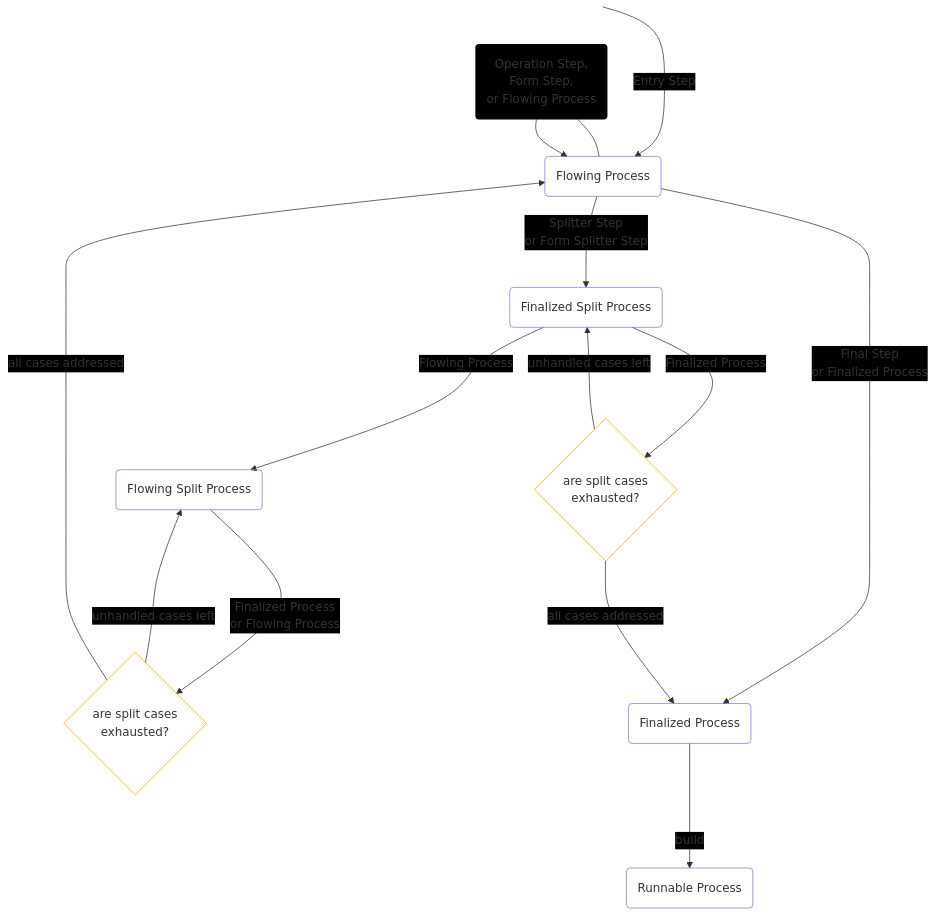
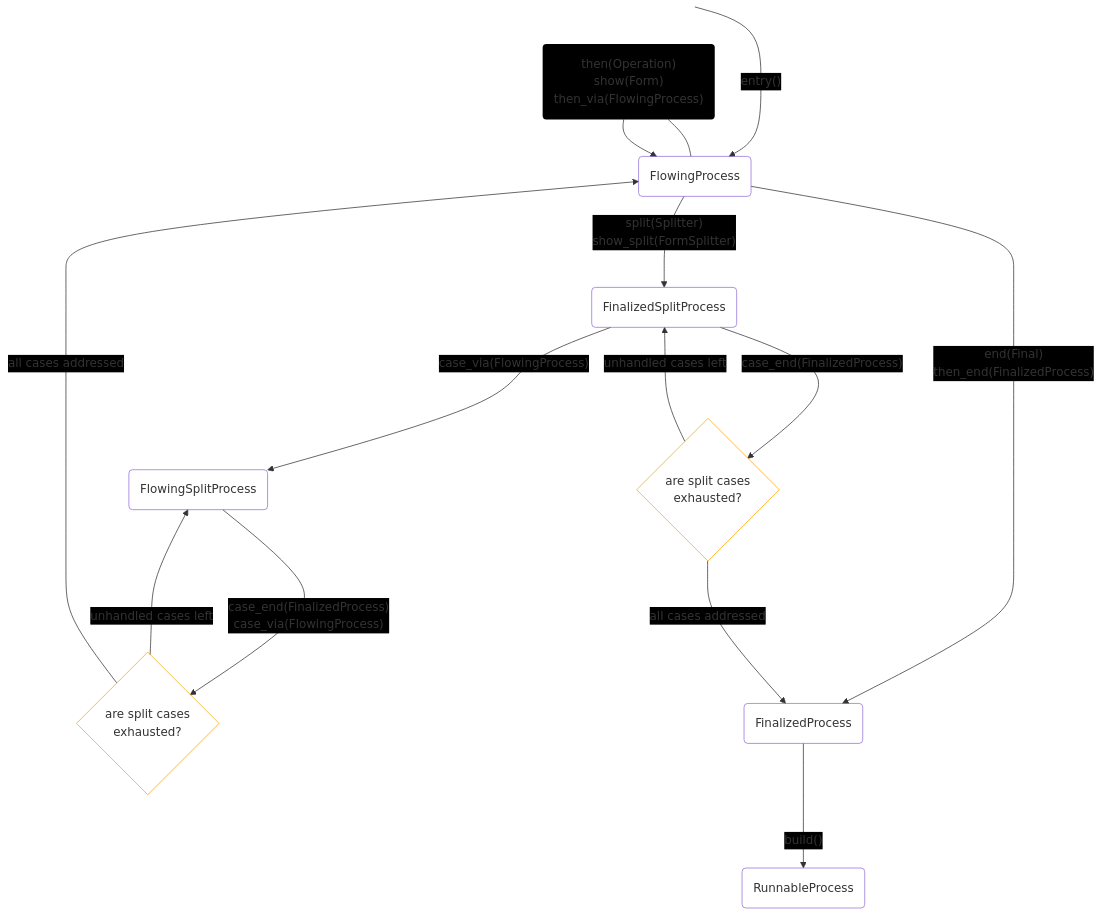
One commit to Only1Loatheb/brrricks changed the diagram in type_process_builder/doc/process_builder_states.mmd. Above: the diagram before and after it, drawn with Mermaid. The commit also changed 4 other files, not shown here.

```diff
--- a/type_process_builder/doc/process_builder_states.mmd
+++ b/type_process_builder/doc/process_builder_states.mmd
@@ -1,46 +1,46 @@
 %%{
   init: {
     'flowchart': {
       'defaultRenderer': 'tidy-tree'
     },
     'themeVariables': {
       'edgeLabelBackground': '#000000'
     }
   }
 }%%
 flowchart TD
     classDef default fill: transparent;
     classDef hidden display: none;
     classDef orangeNodeEdge stroke: orange;
     classDef noEdge stroke: transparent, fill: black;
     Start:::hidden
     FinalizedSplitProcessSubgraph:::hidden
     subgraph FinalizedSplitProcessSubgraph
-        FinalizedSplitProcess(Finalized Split Process)
+        FinalizedSplitProcess(FinalizedSplitProcess)
         finalized_split_cases_final{are split cases<br>exhausted?}:::orangeNodeEdge
     end
     FlowingSplitProcessSubgraph:::hidden
     subgraph FlowingSplitProcessSubgraph
-        FlowingSplitProcess(Flowing Split Process)
+        FlowingSplitProcess(FlowingSplitProcess)
         flowing_split_cases{are split cases<br>exhausted?}:::orangeNodeEdge
     end
-    FinalizedProcess(Finalized Process) -- " build " --> RunnableProcess(Runnable Process)
-    Start -- " Entry Step " --> FlowingProcess(Flowing Process)
-    FlowingProcess -- " Final Step<br>or Finalized Process " --> FinalizedProcess
-    FlowingProcess -- " Splitter Step<br>or Form Splitter Step " --> FinalizedSplitProcess
+    FinalizedProcess(FinalizedProcess) -- " build() " --> RunnableProcess(RunnableProcess)
+    Start -- " entry() " --> FlowingProcess(FlowingProcess)
+    FlowingProcess -- " end(Final)<br>then_end(FinalizedProcess) " --> FinalizedProcess
+    FlowingProcess -- " split(Splitter)<br>show_split(FormSplitter) " --> FinalizedSplitProcess
     Loop:::noEdge
-    Loop(" Operation Step,<br>Form Step,<br>or Flowing Process ") --- FlowingProcess
+    Loop(" then(Operation)<br>show(Form)<br>then_via(FlowingProcess) ") --- FlowingProcess
     Loop --> FlowingProcess
-    FinalizedSplitProcess -- " Flowing Process " --> FlowingSplitProcess
-    FinalizedSplitProcess -- " Finalized Process " --> finalized_split_cases_final
+    FinalizedSplitProcess -- " case_via(FlowingProcess) " --> FlowingSplitProcess
+    FinalizedSplitProcess -- " case_end(FinalizedProcess) " --> finalized_split_cases_final
     finalized_split_cases_final -- " unhandled cases left " --> FinalizedSplitProcess
     finalized_split_cases_final -- " all cases addressed " --> FinalizedProcess
-    FlowingSplitProcess -- " Finalized Process<br>or Flowing Process " --> flowing_split_cases
+    FlowingSplitProcess -- " case_end(FinalizedProcess)<br>case_via(FlowingProcess) " --> flowing_split_cases
     flowing_split_cases -- " unhandled cases left " --> FlowingSplitProcess
     flowing_split_cases -- " all cases addressed " --> FlowingProcess
     Start ~~~ Loop
     click FlowingSplitProcess "https://github.com/Only1Loatheb/brrricks/blob/master/type_process_builder/src/builder/flowing_split_process.rs"
     click FlowingProcess "https://github.com/Only1Loatheb/brrricks/blob/master/type_process_builder/src/builder/flowing_process.rs"
     click FinalizedSplitProcess "https://github.com/Only1Loatheb/brrricks/blob/master/type_process_builder/src/builder/finalized_split_process.rs"
     click FinalizedProcess "https://github.com/Only1Loatheb/brrricks/blob/master/type_process_builder/src/builder/finalized_process.rs"
     click RunnableProcess "https://github.com/Only1Loatheb/brrricks/blob/master/type_process_builder/src/builder/runnable_process.rs"
```
